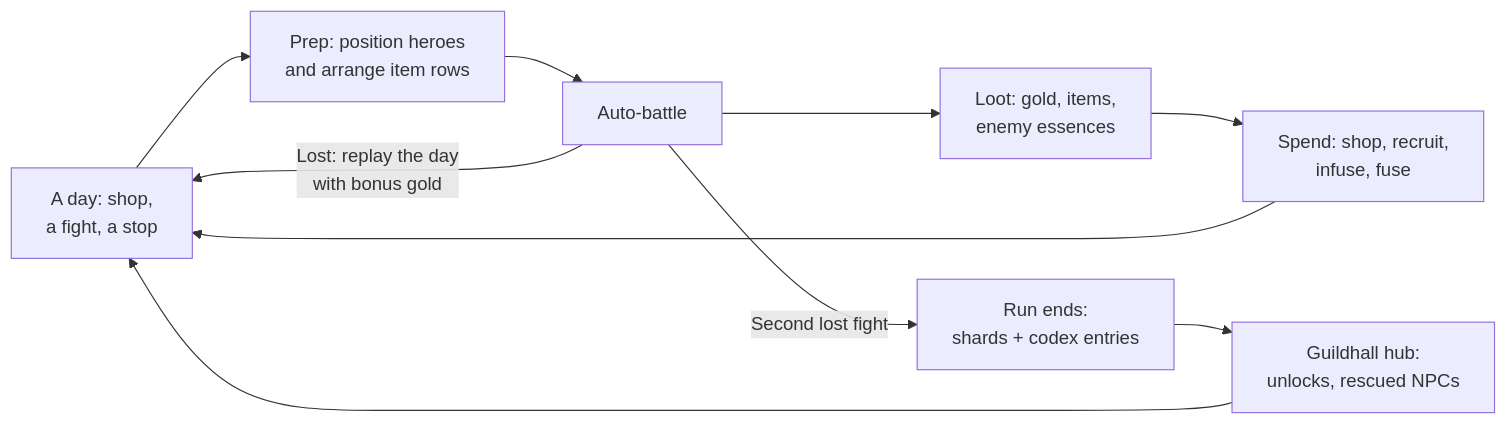
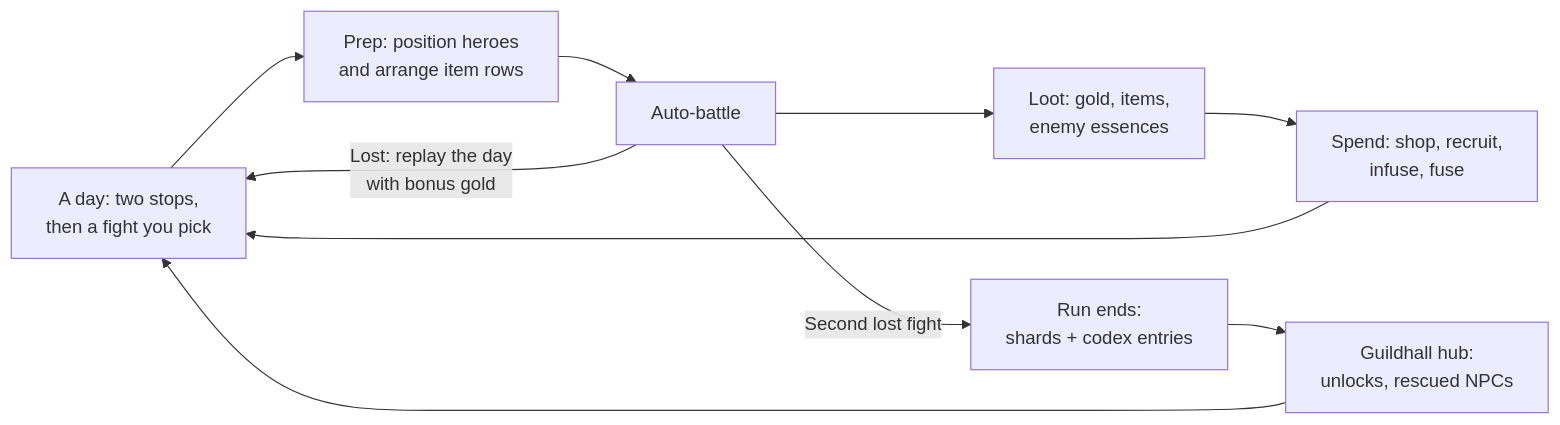
One commit to 22nmcdon/Riftrite changed the diagram in docs/design.md. Above: the diagram before and after it, drawn with Mermaid. The commit also changed other lines of this file and 57 other files, not shown here.

````diff
--- a/docs/design.md
+++ b/docs/design.md
@@ -38,12 +38,12 @@
 ```mermaid
 flowchart LR
-  A[A day: shop,<br/>a fight, a stop] --> B[Prep: position heroes<br/>and arrange item rows]
+  A[A day: two stops,<br/>then a fight you pick] --> B[Prep: position heroes<br/>and arrange item rows]
   B --> C[Auto-battle]
   C --> D[Loot: gold, items,<br/>enemy essences]
   D --> E[Spend: shop, recruit,<br/>infuse, fuse]
   E --> A
   C -->|Lost: replay the day<br/>with bonus gold| A
   C -->|Second lost fight| F[Run ends:<br/>shards + codex entries]
   F --> G[Guildhall hub:<br/>unlocks, rescued NPCs]
   G --> A
 ```
````
